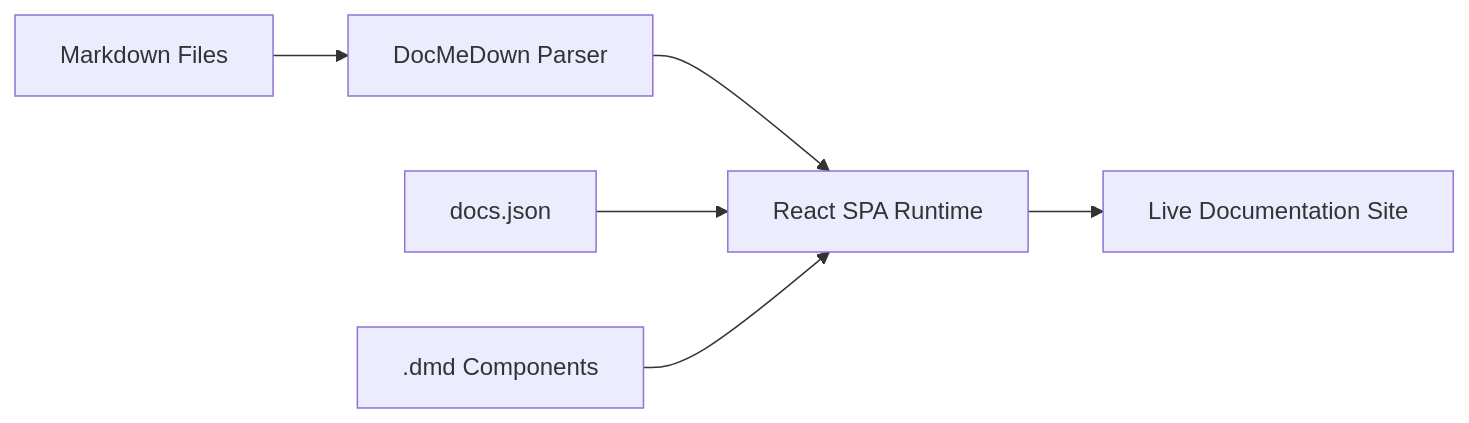
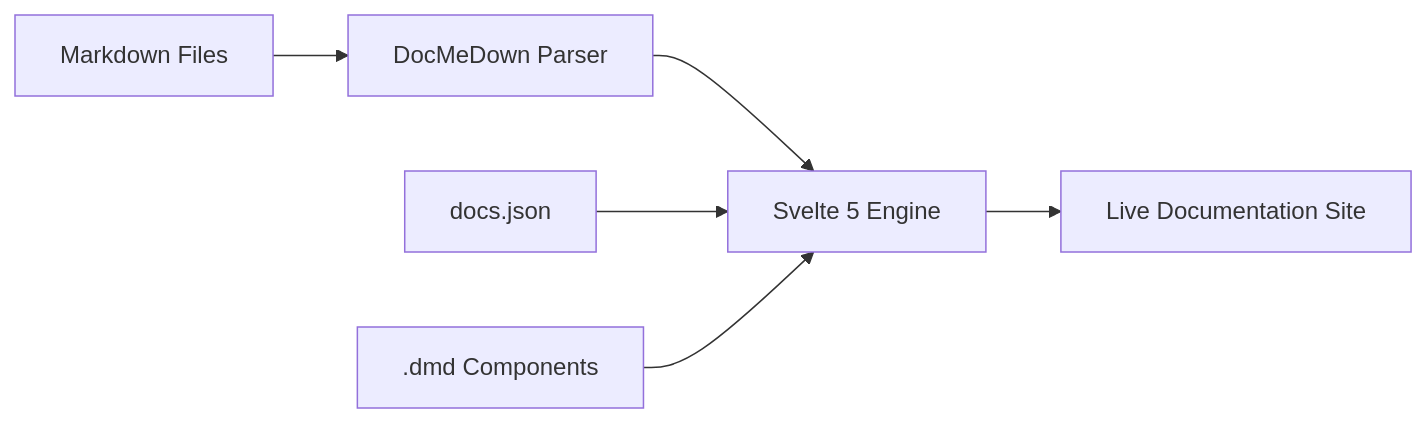
The diagram in templates/README.md (gabrielmsilva00/docmedown), drawn with Mermaid before and after one commit. The commit also changed other lines of this file and 133 other files, not shown here.

````diff
--- a/templates/README.md
+++ b/templates/README.md
@@ -30,8 +30,8 @@
 ```mermaid
 graph LR
     A[Markdown Files] --> B[DocMeDown Parser]
-    B --> C[React SPA Runtime]
+    B --> C[Svelte 5 Engine]
     C --> D[Live Documentation Site]
     E[docs.json] --> C
     F[.dmd Components] --> C
 ```
````
